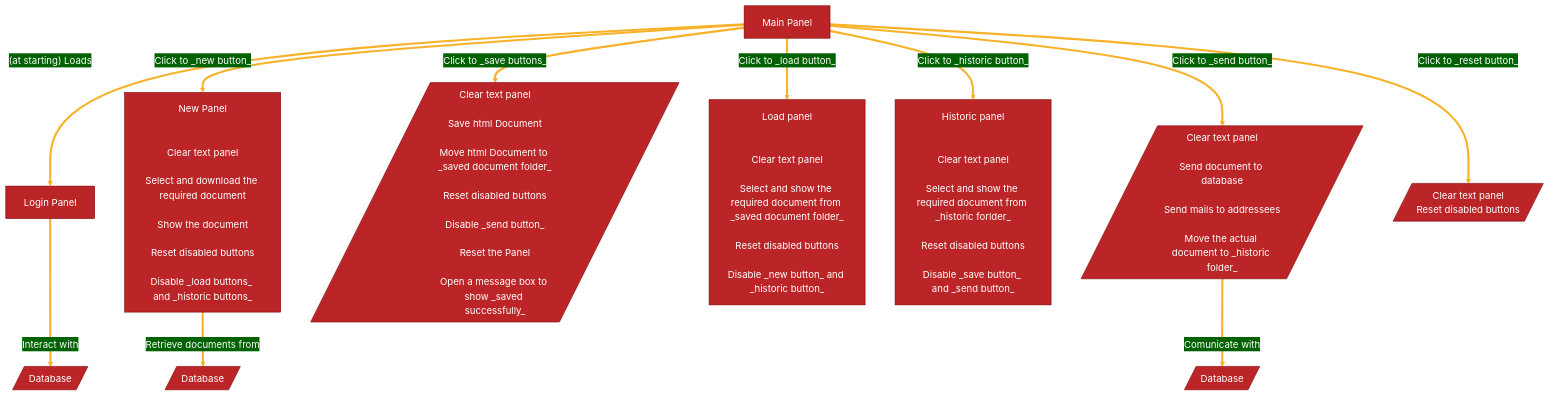
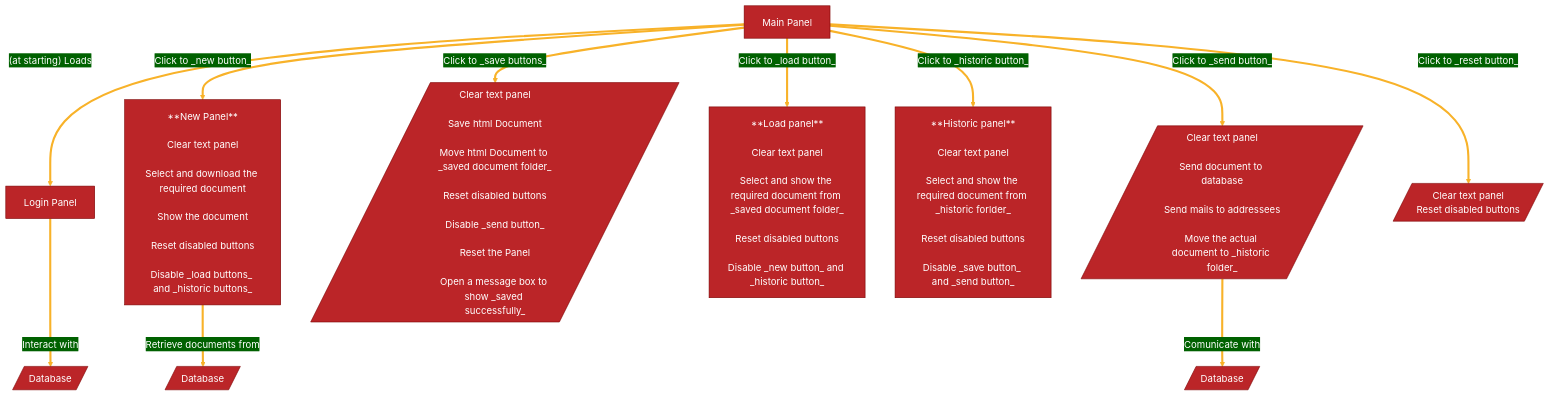
One commit to R0mb0/FPDF changed the diagram in Project_Properties/Flow_Chart.md. Above: the diagram before and after it, drawn with Mermaid.

````diff
--- a/Project_Properties/Flow_Chart.md
+++ b/Project_Properties/Flow_Chart.md
@@ -3,52 +3,49 @@
 ```mermaid
 %%{
   init: {
     'theme': 'base',
     'themeVariables': {
       'primaryColor': '#BB2528',
       'primaryTextColor': '#fff',
       'primaryBorderColor': '#7C0000',
       'lineColor': '#F8B229',
       'secondaryColor': '#006100',
       'tertiaryColor': '#fff'
     }
   }
 }%%
 graph TD;
   A[Login Panel] == Interact with ==> B[/Database/]
   C[Main Panel] == (at starting) Loads ==> A
-  C == Click to _new button_ ==> D[New Panel
-  
+  C == Click to _new button_ ==> D[**New Panel**
                                     Clear text panel
                                     Select and download the required document
                                     Show the document
                                     Reset disabled buttons
                                     Disable _load buttons_ and _historic buttons_]
   D == Retrieve documents from ==> E[/Database/]
   C == Click to _save buttons_ ==> F[/ Clear text panel
                                        Save html Document
                                        Move html Document to _saved document folder_
                                        Reset disabled buttons
                                        Disable _send button_
                                        Reset the Panel
                                        Open a message box to show _saved successfully_/]
-  C == Click to _load button_ ==> G[Load panel
-
+  C == Click to _load button_ ==> G[**Load panel**
                                     Clear text panel
                                     Select and show the required document from _saved document folder_
                                     Reset disabled buttons
                                     Disable _new button_ and _historic button_]
-  C == Click to _historic button_ ==> H[Historic panel
-
+  C == Click to _historic button_ ==> H[**Historic panel**
                                         Clear text panel
                                         Select and show the required document from _historic forlder_
                                         Reset disabled buttons
                                         Disable _save button_ and _send button_]
  C == Click to _send button_ ==> I[/ Clear text panel
                                      Send document to database
                                      Send mails to addressees
                                      Move the actual document to _historic folder_/]
  I == Comunicate with ==> J[/Database/]
  C == Click to _reset button_ ==> K[/ Clear text panel
                                       Reset disabled buttons/]
 ```
````
